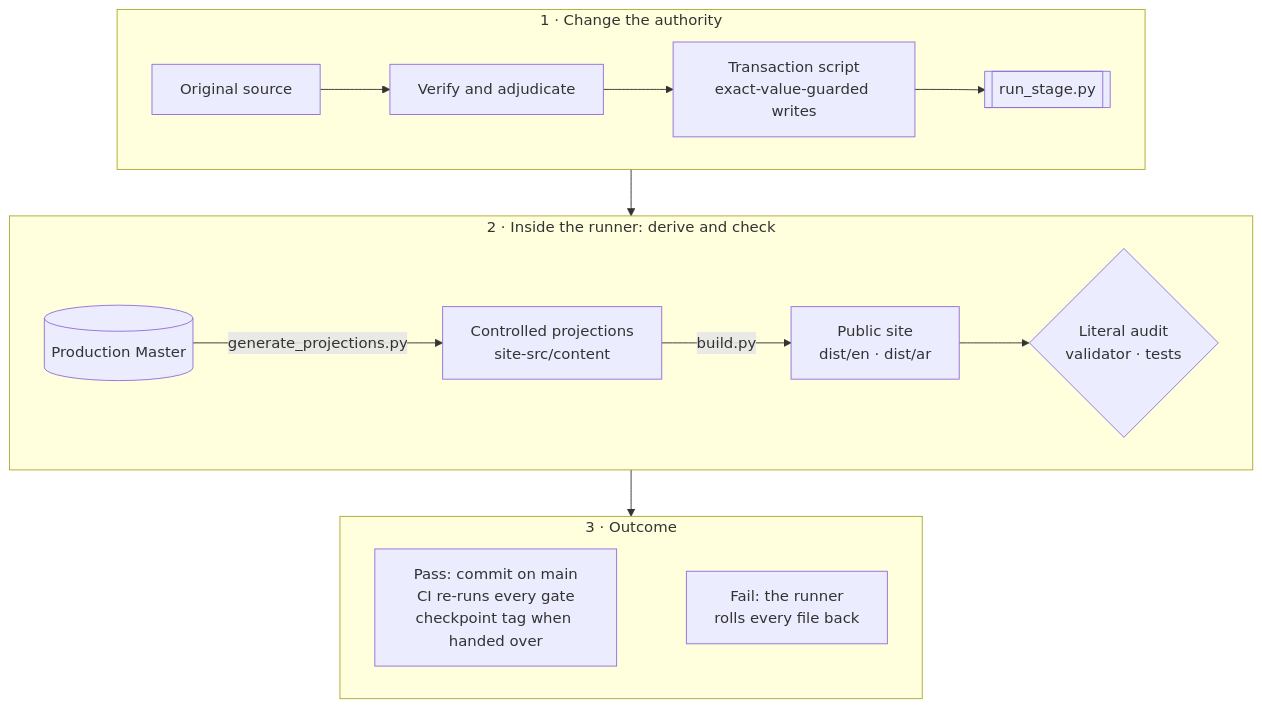
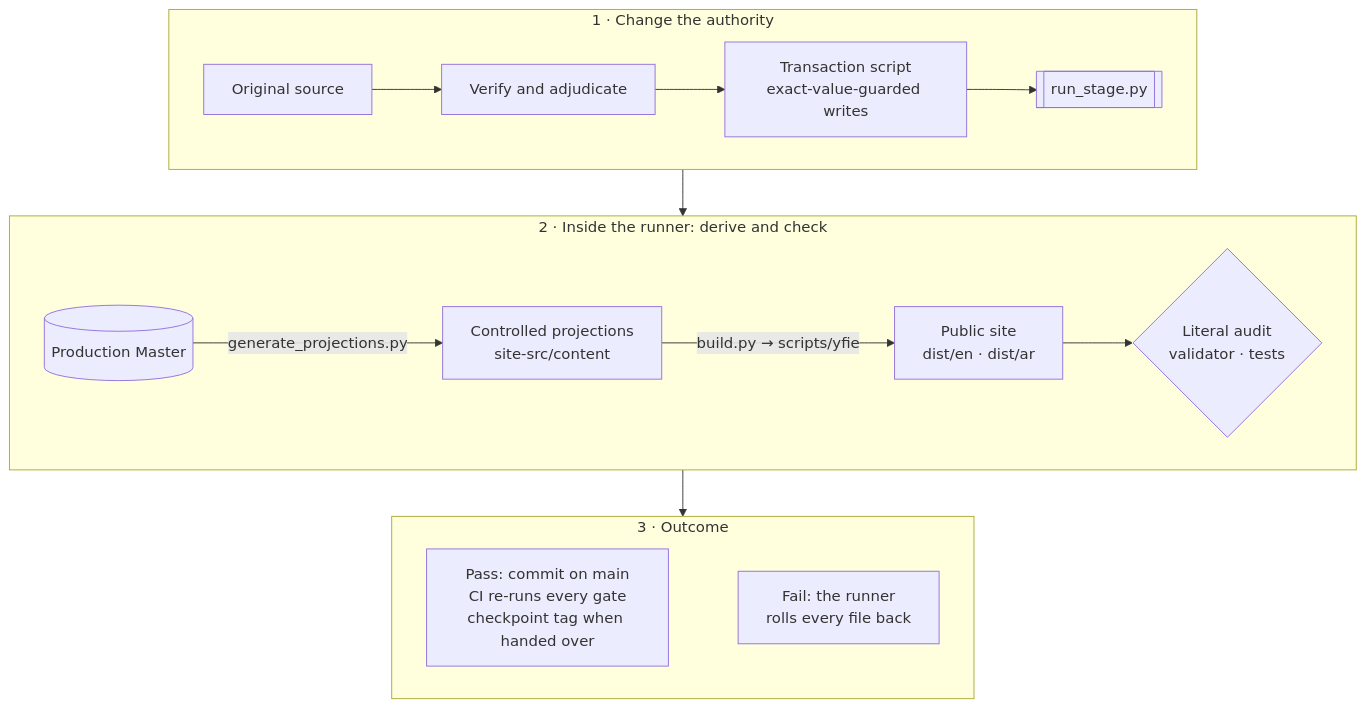
Before and after one commit to CausewayGrp/Financial-inclusion-: the diagram in README.md, drawn with Mermaid. The commit also changed other lines of this file and 16 other files, not shown here.

````diff
--- a/README.md
+++ b/README.md
@@ -86,18 +87,18 @@
 ```mermaid
 flowchart TB
     subgraph change["1 · Change the authority"]
         direction LR
         SRC["Original source"] --> ADJ["Verify and adjudicate"] --> TX["Transaction script<br/>exact-value-guarded writes"] --> RUN[["run_stage.py"]]
     end
     subgraph derive["2 · Inside the runner: derive and check"]
         direction LR
-        M[("Production Master")] -- "generate_projections.py" --> P["Controlled projections<br/>site-src/content"] -- "build.py" --> D["Public site<br/>dist/en · dist/ar"] --> G{"Literal audit<br/>validator · tests"}
+        M[("Production Master")] -- "generate_projections.py" --> P["Controlled projections<br/>site-src/content"] -- "build.py → scripts/yfie" --> D["Public site<br/>dist/en · dist/ar"] --> G{"Literal audit<br/>validator · tests"}
     end
     subgraph land["3 · Outcome"]
         direction LR
         C["Pass: commit on main<br/>CI re-runs every gate<br/>checkpoint tag when handed over"]
         RB["Fail: the runner<br/>rolls every file back"]
         C ~~~ RB
     end
     change --> derive --> land
 ```
````
